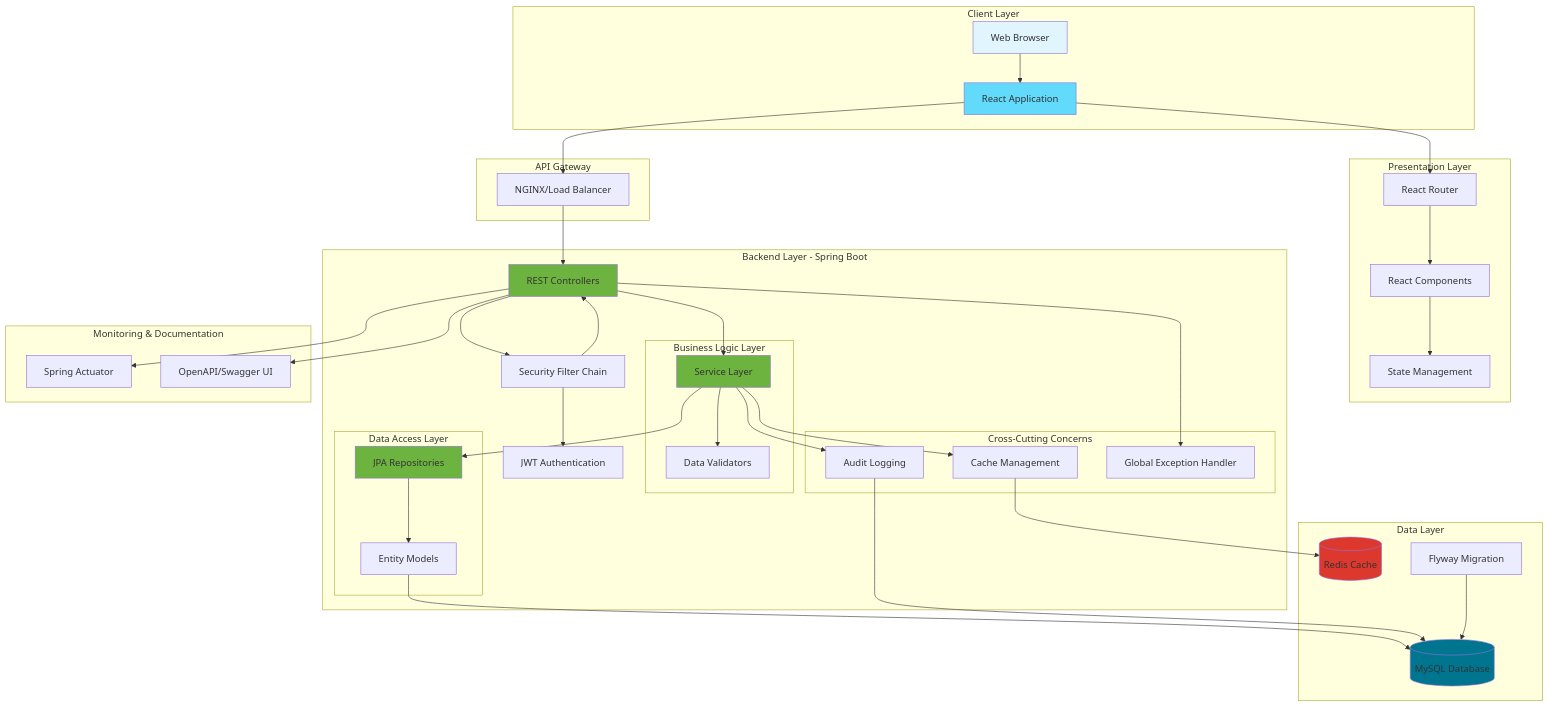
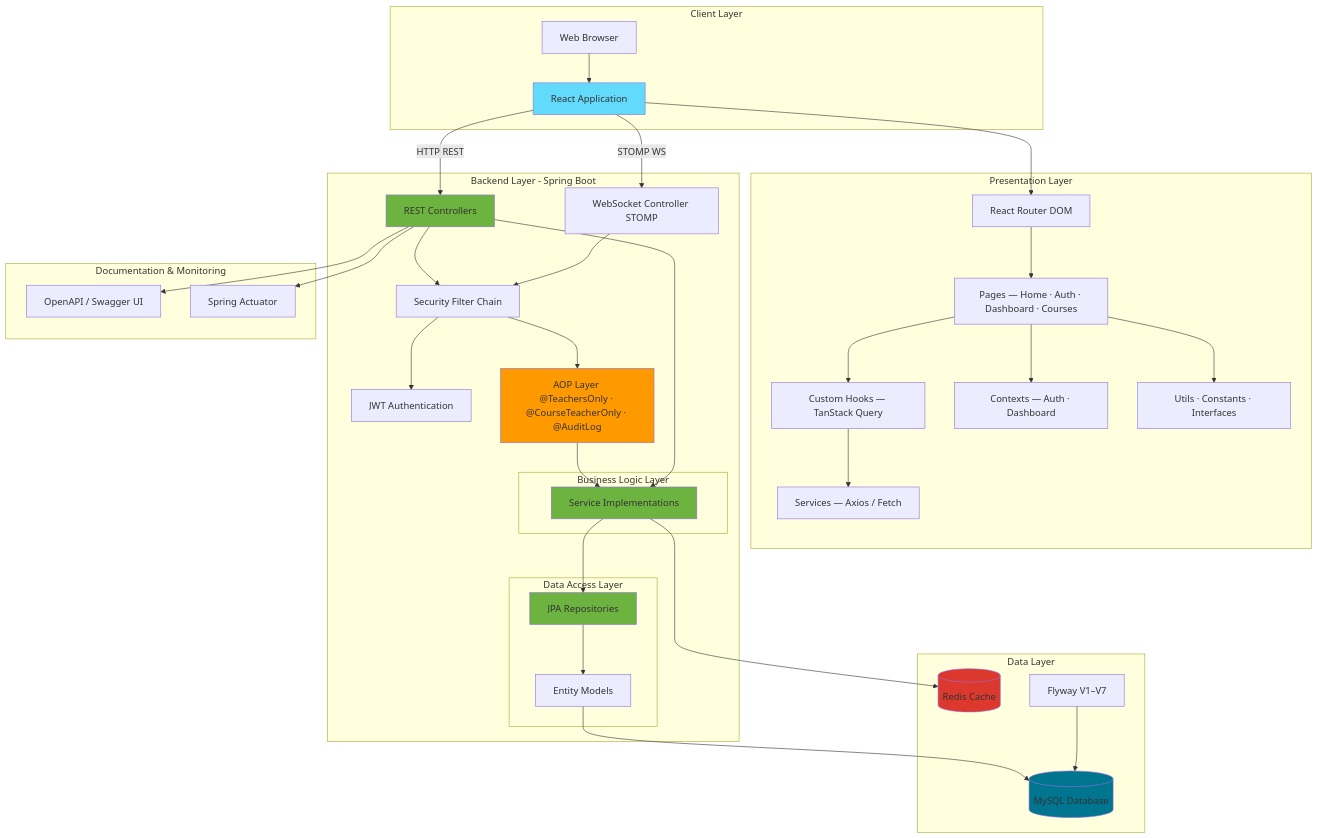
One commit to mahmoudss5/Uni-System changed the first of 9 diagrams in diagrams/system-design.md. Above: the diagram before and after it, drawn with Mermaid. The commit also changed other lines of this file and 3 other files, not shown here.

Commit message:
update readme and diagrams

````diff
--- a/diagrams/system-design.md
+++ b/diagrams/system-design.md
@@ -7,81 +7,75 @@
 ```mermaid
 graph TB
     subgraph "Client Layer"
         Browser[Web Browser]
         ReactApp[React Application]
         Browser --> ReactApp
     end
-    
+
     subgraph "Presentation Layer"
-        Router[React Router]
-        Components[React Components]
-        StateManagement[State Management]
+        Router[React Router DOM]
+        Pages[Pages — Home · Auth · Dashboard · Courses]
+        Hooks[Custom Hooks — TanStack Query]
+        Services[Services — Axios / Fetch]
+        Contexts[Contexts — Auth · Dashboard]
+        Utils[Utils · Constants · Interfaces]
         ReactApp --> Router
-        Router --> Components
-        Components --> StateManagement
+        Router --> Pages
+        Pages --> Hooks
+        Hooks --> Services
+        Pages --> Contexts
+        Pages --> Utils
     end
-    
-    subgraph "API Gateway"
-        NGINX[NGINX/Load Balancer]
-    end
-    
+
     subgraph "Backend Layer - Spring Boot"
         Controllers[REST Controllers]
+        WSController[WebSocket Controller STOMP]
         SecurityFilter[Security Filter Chain]
         JWT[JWT Authentication]
-        
+        AOPLayer[AOP Layer @TeachersOnly · @CourseTeacherOnly · @AuditLog]
+
         subgraph "Business Logic Layer"
-            Services[Service Layer]
-            Validators[Data Validators]
+            Services2[Service Implementations]
         end
-        
+
         subgraph "Data Access Layer"
             Repositories[JPA Repositories]
             Entities[Entity Models]
         end
-        
-        subgraph "Cross-Cutting Concerns"
-            Auditing[Audit Logging]
-            Caching[Cache Management]
-            ExceptionHandler[Global Exception Handler]
-        end
     end
-    
+
     subgraph "Data Layer"
         MySQL[(MySQL Database)]
         Redis[(Redis Cache)]
-        Flyway[Flyway Migration]
+        Flyway[Flyway V1–V7]
     end
-    
-    subgraph "Monitoring & Documentation"
+
+    subgraph "Documentation & Monitoring"
+        Swagger[OpenAPI / Swagger UI]
         Actuator[Spring Actuator]
-        Swagger[OpenAPI/Swagger UI]
     end
-    
-    ReactApp --> NGINX
-    NGINX --> Controllers
+
+    ReactApp -->|HTTP REST| Controllers
+    ReactApp -->|STOMP WS| WSController
     Controllers --> SecurityFilter
+    WSController --> SecurityFilter
     SecurityFilter --> JWT
-    SecurityFilter --> Controllers
-    Controllers --> Services
-    Services --> Validators
-    Services --> Repositories
+    SecurityFilter --> AOPLayer
+    AOPLayer --> Services2
+    Controllers --> Services2
+    Services2 --> Repositories
     Repositories --> Entities
     Entities --> MySQL
-    Services --> Caching
-    Caching --> Redis
-    Services --> Auditing
-    Auditing --> MySQL
+    Services2 --> Redis
     Flyway --> MySQL
-    Controllers --> ExceptionHandler
+    Controllers --> Swagger
     Controllers --> Actuator
-    Controllers --> Swagger
-    
-    style Browser fill:#e1f5ff
+
     style ReactApp fill:#61dafb
     style Controllers fill:#6db33f
-    style Services fill:#6db33f
+    style AOPLayer fill:#ff9900
+    style Services2 fill:#6db33f
     style Repositories fill:#6db33f
     style MySQL fill:#00758f
     style Redis fill:#dc382d
 ```
````
